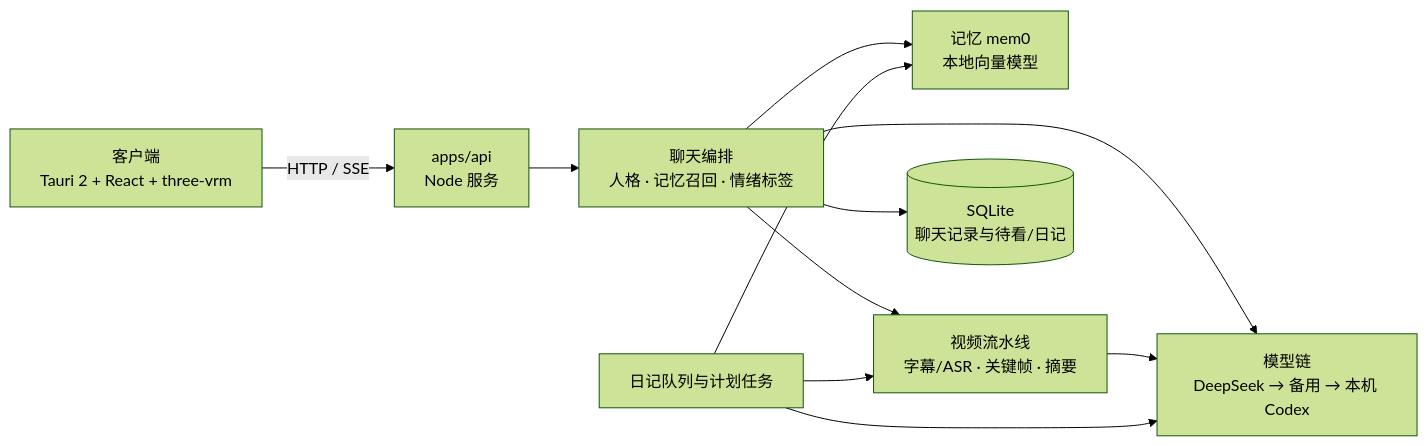
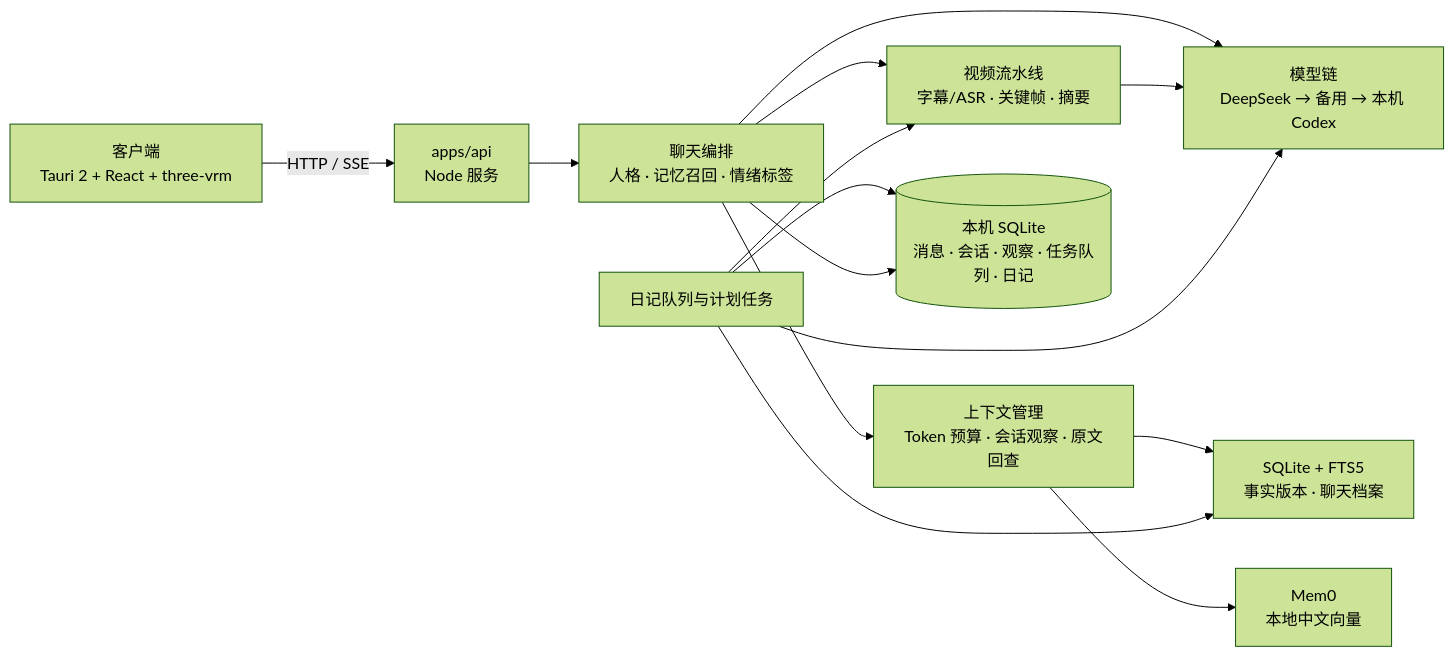
The diagram in README.md (OmnixSI/WhalePartner), drawn with Mermaid (forest theme) before and after one commit. The commit also changed other lines of this file and 50 other files, not shown here.

````diff
--- a/README.md
+++ b/README.md
@@ -59,13 +59,16 @@
 ```mermaid
 flowchart LR
   UI["客户端<br/>Tauri 2 + React + three-vrm"] -- "HTTP / SSE" --> API["apps/api<br/>Node 服务"]
   API --> Chat["聊天编排<br/>人格 · 记忆召回 · 情绪标签"]
   Chat --> LLM["模型链<br/>DeepSeek → 备用 → 本机 Codex"]
-  Chat --> Mem["记忆 mem0<br/>本地向量模型"]
+  Chat --> Context["上下文管理<br/>Token 预算 · 会话观察 · 原文回查"]
+  Context --> Mem["SQLite + FTS5<br/>事实版本 · 聊天档案"]
+  Context --> Vec["Mem0<br/>本地中文向量"]
   Chat --> Video["视频流水线<br/>字幕/ASR · 关键帧 · 摘要"]
   Video --> LLM
   Diary["日记队列与计划任务"] --> Video
   Diary --> LLM
+  Diary --> DB
   Diary --> Mem
-  Chat --> DB[("SQLite<br/>聊天记录与待看/日记")]
+  Chat --> DB[("本机 SQLite<br/>消息 · 会话 · 观察 · 任务队列 · 日记")]
 ```
````
